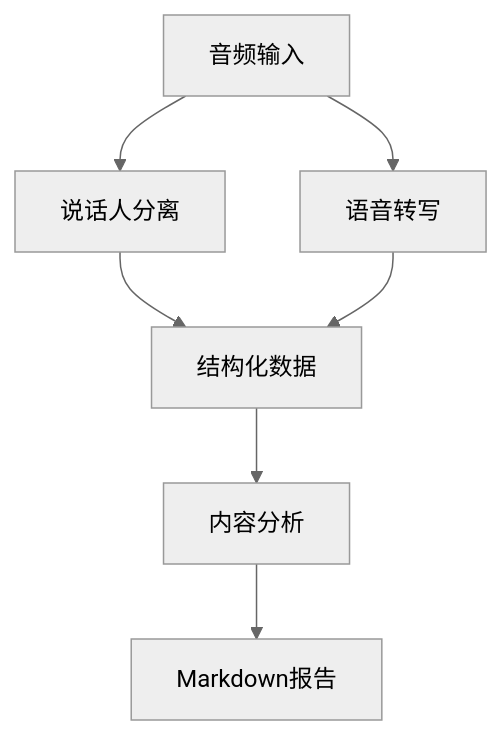
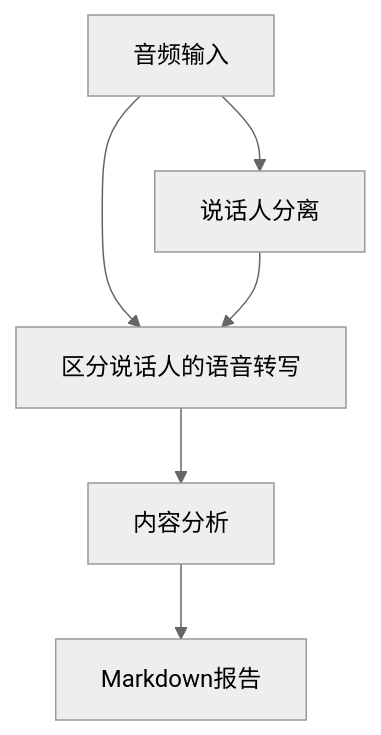
One commit to JokingXie/meeting-minutes changed the diagram in README.md. Above: the diagram before and after it, drawn with Mermaid (neutral theme). The commit also changed other lines of this file and 2 other files, not shown here.

````diff
--- a/README.md
+++ b/README.md
@@ -12,9 +13,8 @@
 ```mermaid
 graph TD
     A[音频输入] --> B[说话人分离]
-    A --> C[语音转写]
-    B --> D[结构化数据]
-    C --> D
-    D --> E[内容分析]
-    E --> F[Markdown报告]
+    A --> C[区分说话人的语音转写]
+    B --> C
+    C --> D[内容分析]
+    D --> E[Markdown报告]
 ```
````
